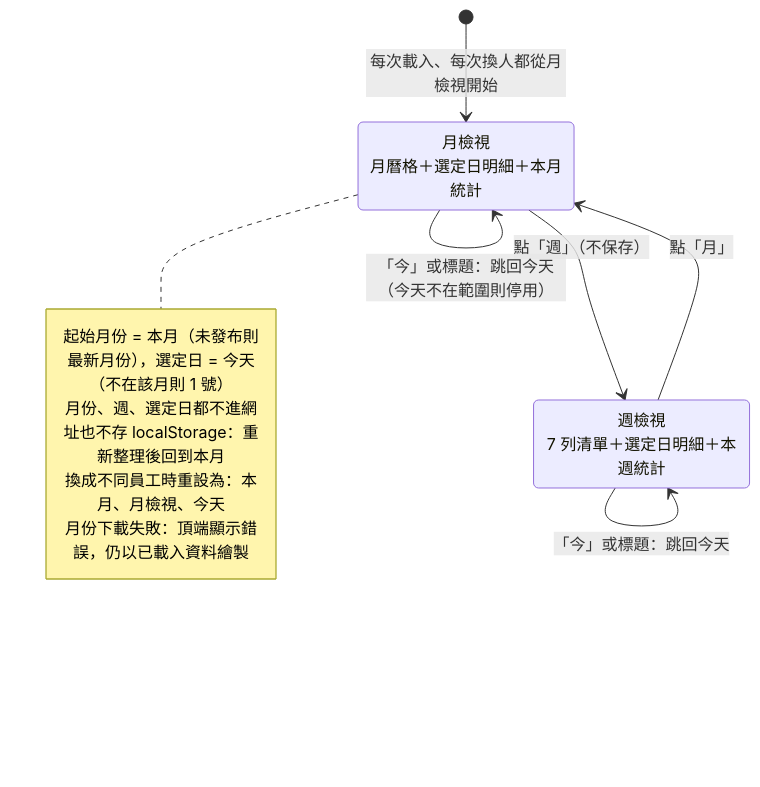
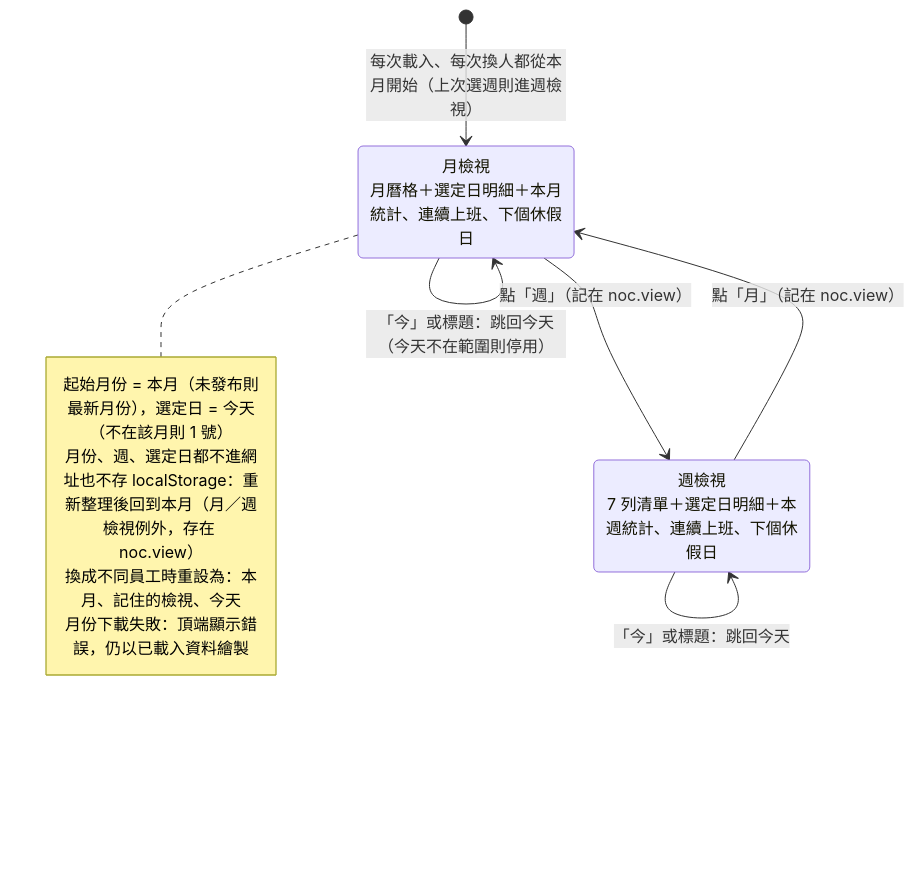
One commit to JasonHsuFet/Working_Shift changed the fourth of 7 diagrams in docs/ux-state-diagrams.md. Above: the diagram before and after it, drawn with Mermaid. The commit also changed 4 other files, not shown here.

First line of the commit message:
Restore work streak line, remember month/week view, fix README

````diff
--- a/docs/ux-state-diagrams.md
+++ b/docs/ux-state-diagrams.md
@@ -105,22 +105,22 @@
 ```mermaid
 stateDiagram-v2
-    state "月檢視<br/>月曆格＋選定日明細＋本月統計" as Month
-    state "週檢視<br/>7 列清單＋選定日明細＋本週統計" as Week
+    state "月檢視<br/>月曆格＋選定日明細＋本月統計、連續上班、下個休假日" as Month
+    state "週檢視<br/>7 列清單＋選定日明細＋本週統計、連續上班、下個休假日" as Week
 
-    [*] --> Month: 每次載入、每次換人都從月檢視開始
-    Month --> Week: 點「週」（不保存）
-    Week --> Month: 點「月」
+    [*] --> Month: 每次載入、每次換人都從本月開始（上次選週則進週檢視）
+    Month --> Week: 點「週」（記在 noc.view）
+    Week --> Month: 點「月」（記在 noc.view）
 
     Month --> Month: ← / → / 左右滑：上下一個已發布月份（兩端停用）
     Month --> Month: 點日期格：改選定日
     Week --> Week: ← / → / 左右滑：±7 天，夾在發布範圍內
     Week --> Week: 點某一列：改選定日（可跨月）
     Month --> Month: 「今」或標題：跳回今天（今天不在範圍則停用）
     Week --> Week: 「今」或標題：跳回今天
     note right of Month
         起始月份 = 本月（未發布則最新月份），選定日 = 今天（不在該月則 1 號）
-        月份、週、選定日都不進網址也不存 localStorage：重新整理後回到本月
-        換成不同員工時重設為：本月、月檢視、今天
+        月份、週、選定日都不進網址也不存 localStorage：重新整理後回到本月（月／週檢視例外，存在 noc.view）
+        換成不同員工時重設為：本月、記住的檢視、今天
         月份下載失敗：頂端顯示錯誤，仍以已載入資料繪製
     end note
 ```
````
